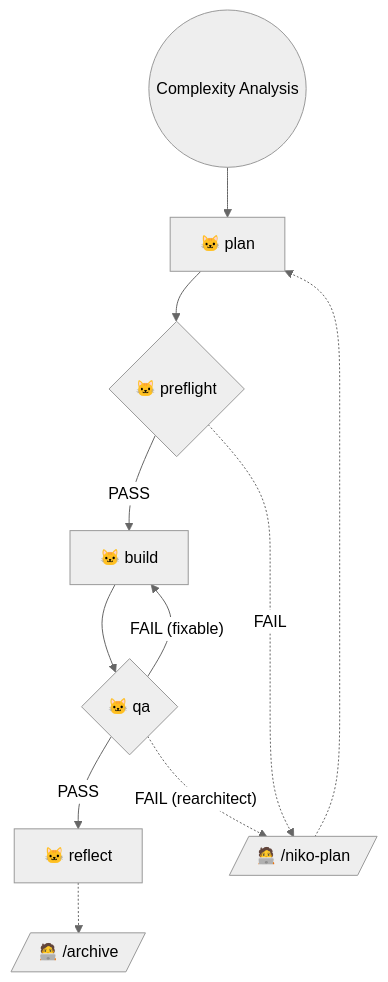
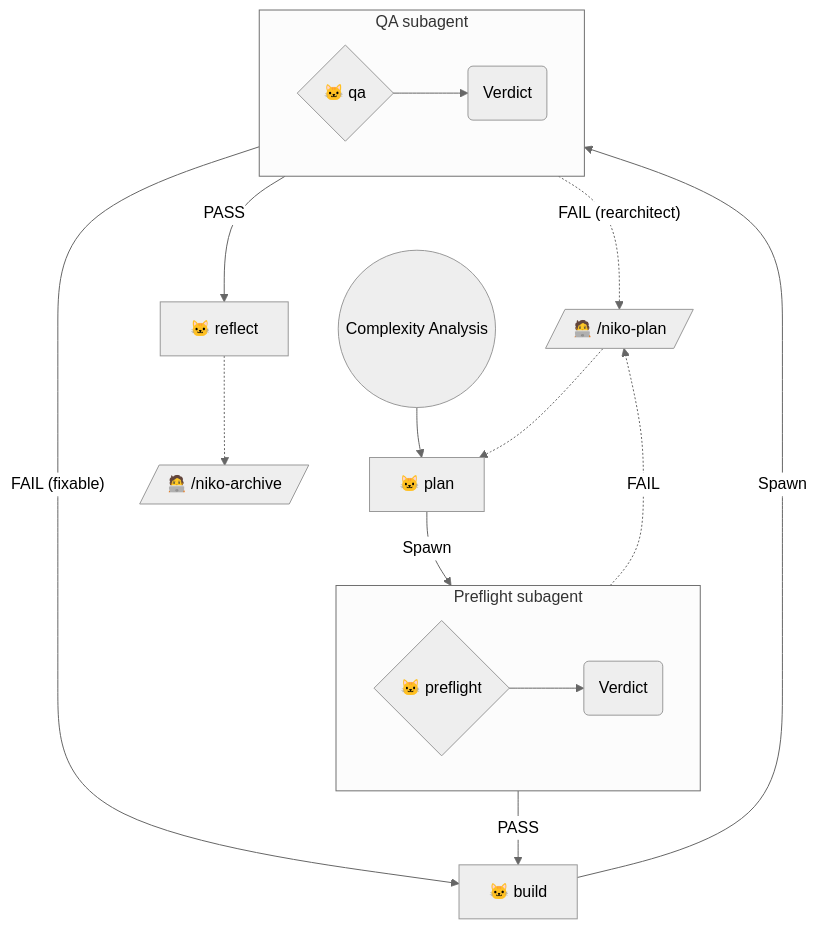
One commit to Texarkanine/devblog changed the diagram in .cursor/skills/shared/niko/references/level2/level2-workflow.md. Above: the diagram before and after it, drawn with Mermaid (neutral theme). The commit also changed other lines of this file and 15 other files, not shown here.

````diff
--- a/.cursor/skills/shared/niko/references/level2/level2-workflow.md
+++ b/.cursor/skills/shared/niko/references/level2/level2-workflow.md
@@ -9,15 +9,23 @@
 ```mermaid
 graph TD
     Start(("Complexity Analysis")) --> NikoPlan["🐱 plan"]
-    NikoPlan --> NikoPreflight{"🐱 preflight"}
-    NikoPreflight -->|"PASS"| NikoBuild["🐱 build"]
-    NikoPreflight -.->|"FAIL"| ManualPlan[/"🧑‍💻 /niko-plan"/]
+    NikoPlan --Spawn--> NikoPreflight
+    subgraph PreflightSubagent["Preflight subagent"]
+        direction LR
+        NikoPreflight{"🐱 preflight"} --> PreflightVerdict("Verdict")
+    end
+    PreflightVerdict -->|"PASS"| NikoBuild["🐱 build"]
+    PreflightVerdict -.->|"FAIL"| ManualPlan[/"🧑‍💻 /niko-plan"/]
 
-    NikoBuild --> NikoQA{"🐱 qa"}
-    NikoQA -->|"PASS"| NikoReflect["🐱 reflect"]
-    NikoReflect -.-> ManualArchive[/"🧑‍💻 /archive"/]
-    NikoQA -->|"FAIL (fixable)"| NikoBuild
-    NikoQA -.->|"FAIL (rearchitect)"| ManualPlan
+    NikoBuild --Spawn--> NikoQA
+    subgraph QASubagent["QA subagent"]
+        direction LR
+        NikoQA{"🐱 qa"} --> QAVerdict("Verdict")
+    end
+    QAVerdict -->|"PASS"| NikoReflect["🐱 reflect"]
+    NikoReflect -.-> ManualArchive[/"🧑‍💻 /niko-archive"/]
+    QAVerdict -->|"FAIL (fixable)"| NikoBuild
+    QAVerdict -.->|"FAIL (rearchitect)"| ManualPlan
 
     ManualPlan -.-> NikoPlan
 ```
````
